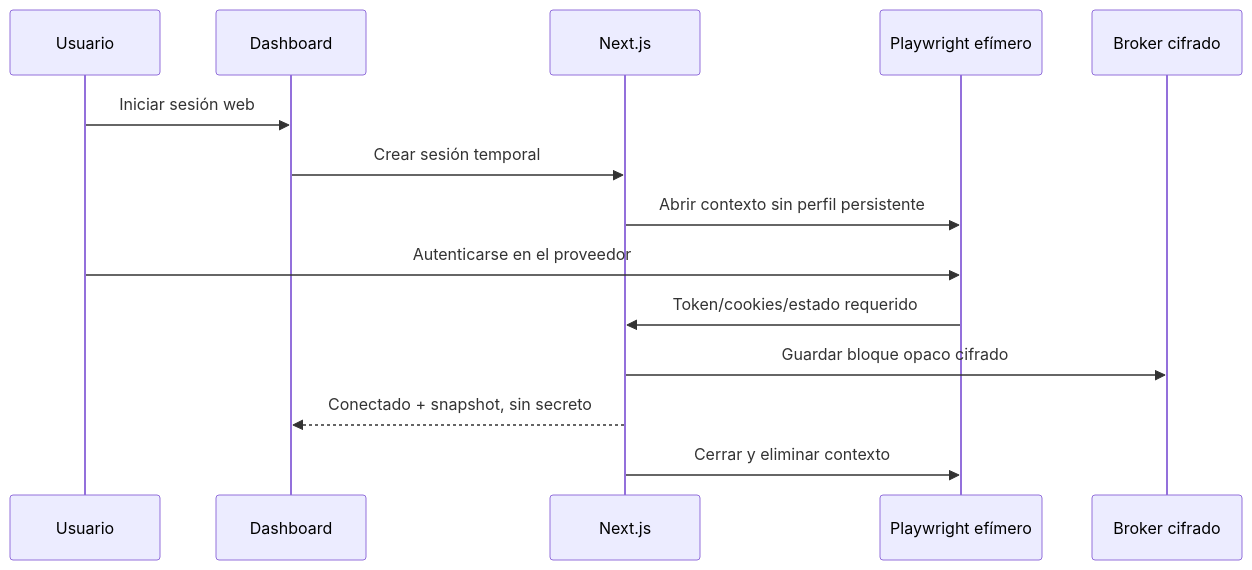
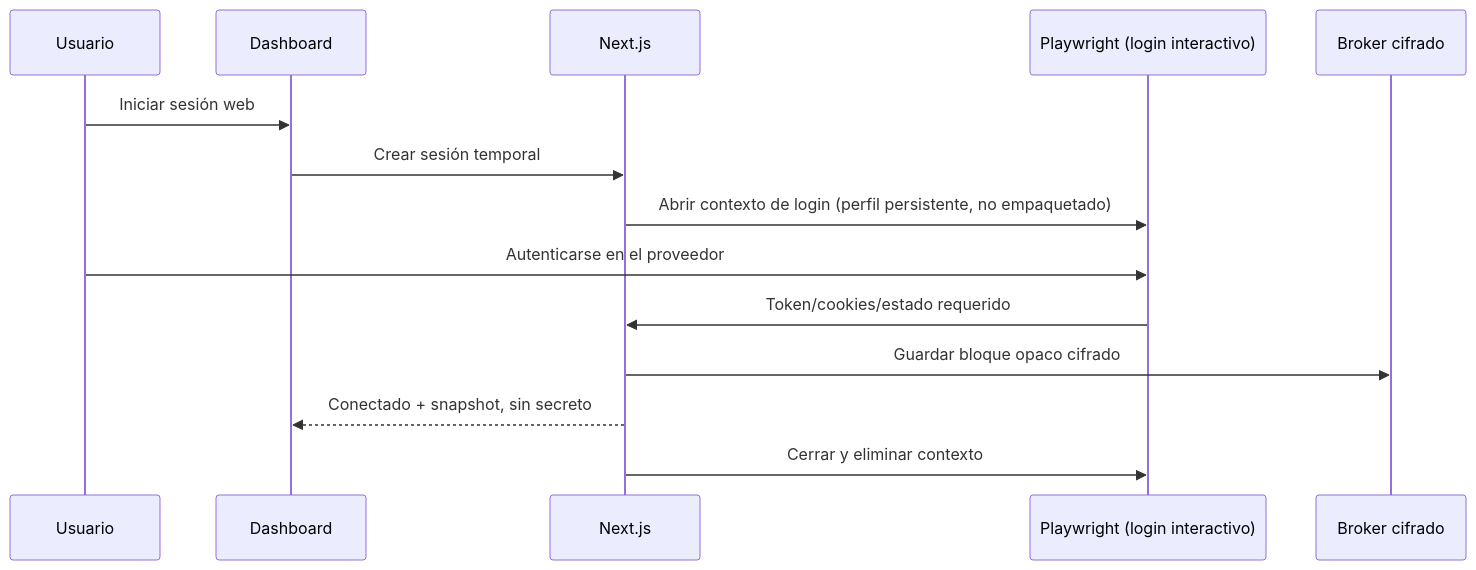
One commit to Zambudio/Dashboard_Uso_APIs changed the second of 2 diagrams in Docs/ARCHITECTURE.md. Above: the diagram before and after it, drawn with Mermaid. The commit also changed other lines of this file and 65 other files, not shown here.

````diff
--- a/Docs/ARCHITECTURE.md
+++ b/Docs/ARCHITECTURE.md
@@ -70,16 +70,16 @@
 ```mermaid
 sequenceDiagram
   participant U as Usuario
   participant UI as Dashboard
   participant N as Next.js
-  participant P as Playwright efímero
+  participant P as Playwright (login interactivo)
   participant B as Broker cifrado
   U->>UI: Iniciar sesión web
   UI->>N: Crear sesión temporal
-  N->>P: Abrir contexto sin perfil persistente
+  N->>P: Abrir contexto de login (perfil persistente, no empaquetado)
   U->>P: Autenticarse en el proveedor
   P->>N: Token/cookies/estado requerido
   N->>B: Guardar bloque opaco cifrado
   N-->>UI: Conectado + snapshot, sin secreto
   N->>P: Cerrar y eliminar contexto
 ```
````
